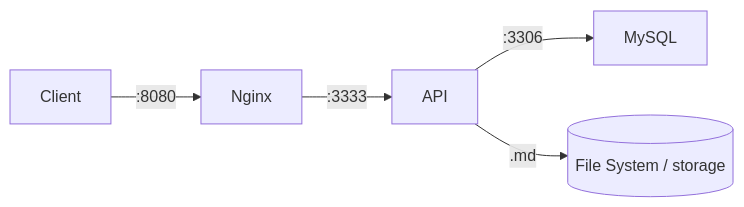
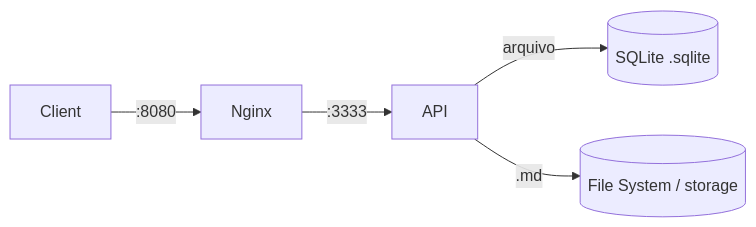
Before and after one commit to rafafrd/CodeHub: the diagram in README.md, drawn with Mermaid. The commit also changed other lines of this file and 4 other files, not shown here.

````diff
--- a/README.md
+++ b/README.md
@@ -86,7 +93,7 @@
 ```mermaid
 graph LR
     Client -->|":8080"| Nginx
     Nginx -->|":3333"| API
-    API -->|":3306"| MySQL
+    API -->|"arquivo"| SQLite[(SQLite .sqlite)]
     API -->|".md"| FS[(File System / storage)]
 ```
````
